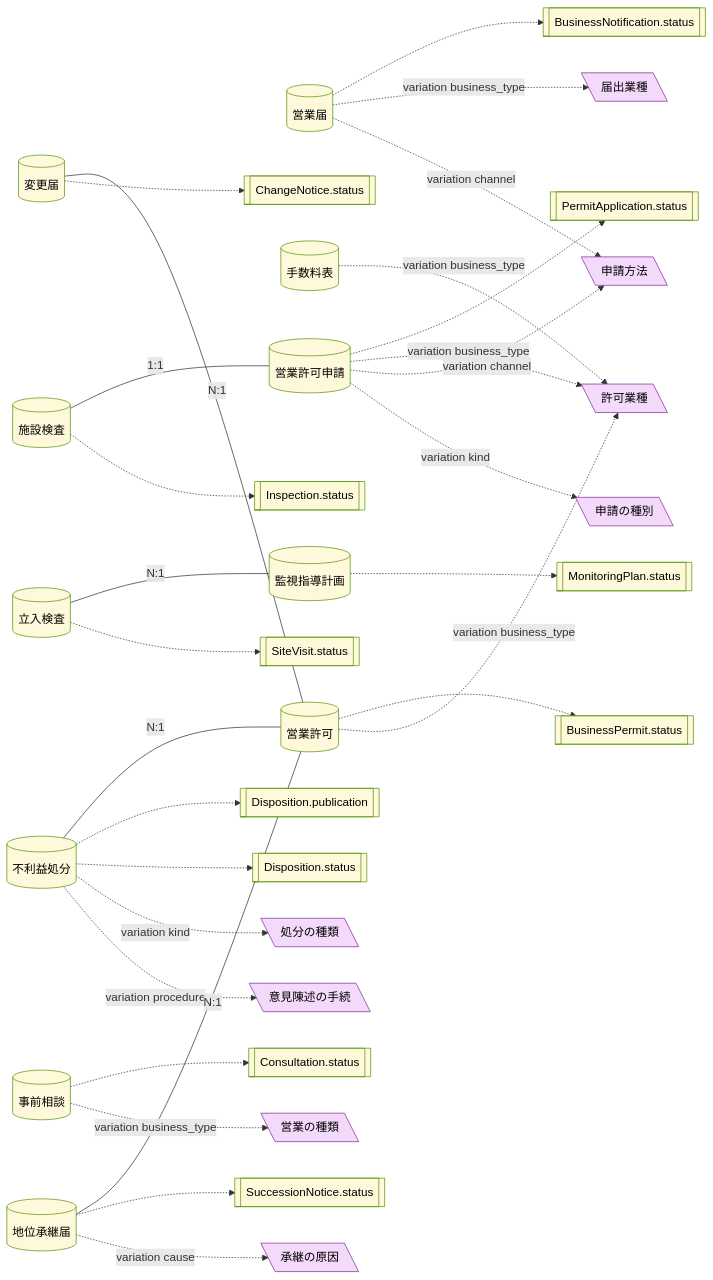
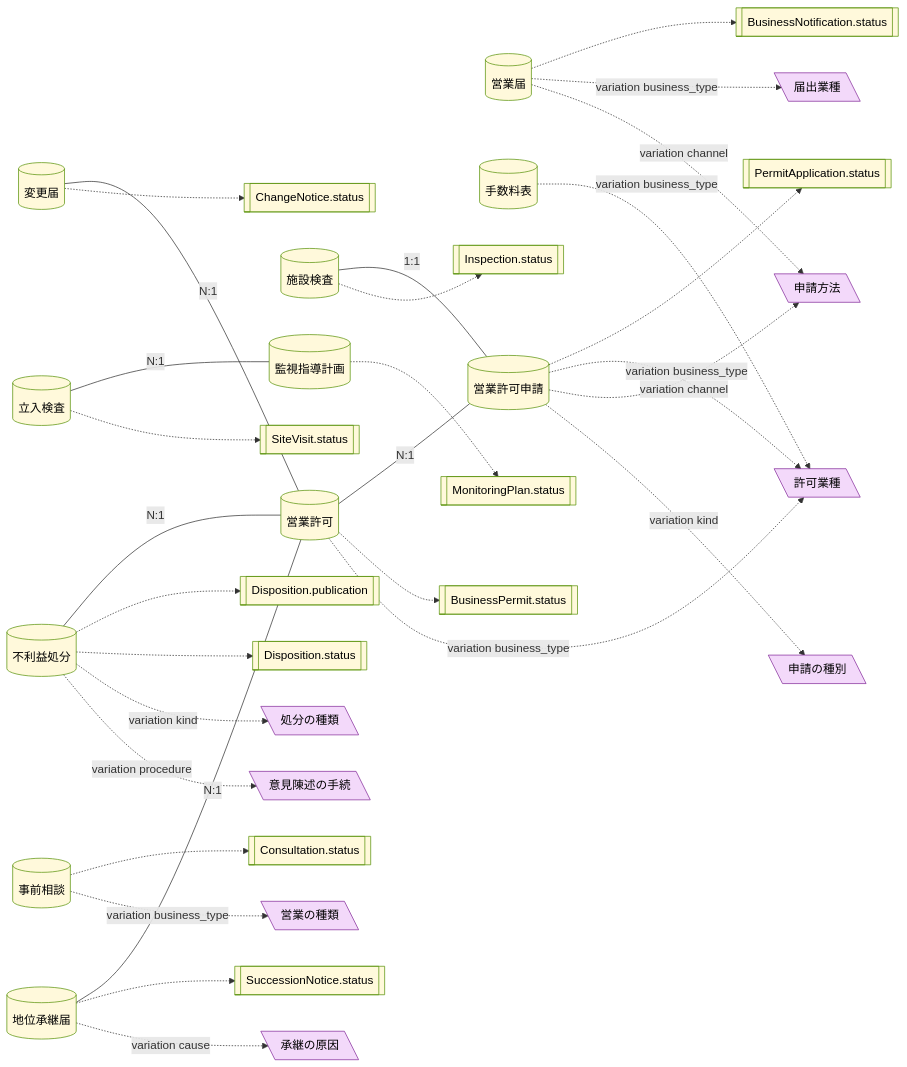
The diagram in samples/food-permit-ops/out/information.mmd (manji-0/rdra-ish-dsl), drawn with Mermaid before and after one commit. The commit also changed 48 other files, not shown here.

```diff
--- a/samples/food-permit-ops/out/information.mmd
+++ b/samples/food-permit-ops/out/information.mmd
@@ -1,64 +1,65 @@
 %% rdra-ish diagram=information scope=whole model=samples/food-permit-ops
 %% kinds: entity statemodel variation
 %% omitted: columns adr constraint usecase field api condition
 flowchart LR
   entity__BusinessNotification[("営業届")]:::entity
   entity__BusinessPermit[("営業許可")]:::entity
   entity__ChangeNotice[("変更届")]:::entity
   entity__Consultation[("事前相談")]:::entity
   entity__Disposition[("不利益処分")]:::entity
   entity__FeeSchedule[("手数料表")]:::entity
   entity__Inspection[("施設検査")]:::entity
   entity__MonitoringPlan[("監視指導計画")]:::entity
   entity__PermitApplication[("営業許可申請")]:::entity
   entity__SiteVisit[("立入検査")]:::entity
   entity__SuccessionNotice[("地位承継届")]:::entity
   statemodel__BusinessNotification_status[["BusinessNotification.status"]]:::statemodel
   statemodel__BusinessPermit_status[["BusinessPermit.status"]]:::statemodel
   statemodel__ChangeNotice_status[["ChangeNotice.status"]]:::statemodel
   statemodel__Consultation_status[["Consultation.status"]]:::statemodel
   statemodel__Disposition_publication[["Disposition.publication"]]:::statemodel
   statemodel__Disposition_status[["Disposition.status"]]:::statemodel
   statemodel__Inspection_status[["Inspection.status"]]:::statemodel
   statemodel__MonitoringPlan_status[["MonitoringPlan.status"]]:::statemodel
   statemodel__PermitApplication_status[["PermitApplication.status"]]:::statemodel
   statemodel__SiteVisit_status[["SiteVisit.status"]]:::statemodel
   statemodel__SuccessionNotice_status[["SuccessionNotice.status"]]:::statemodel
   variation__ApplicationKind[\"申請の種別"\]:::variation
   variation__BusinessType[\"営業の種類"\]:::variation
   variation__DispositionKind[\"処分の種類"\]:::variation
   variation__NotifiedBusinessType[\"届出業種"\]:::variation
   variation__OpinionProcedure[\"意見陳述の手続"\]:::variation
   variation__PermitBusinessType[\"許可業種"\]:::variation
   variation__SubmissionChannel[\"申請方法"\]:::variation
   variation__SuccessionCause[\"承継の原因"\]:::variation
   entity__BusinessNotification -.-> statemodel__BusinessNotification_status
   entity__BusinessNotification -.->|variation business_type| variation__NotifiedBusinessType
   entity__BusinessNotification -.->|variation channel| variation__SubmissionChannel
+  entity__BusinessPermit ---|N:1| entity__PermitApplication
   entity__BusinessPermit -.-> statemodel__BusinessPermit_status
   entity__BusinessPermit -.->|variation business_type| variation__PermitBusinessType
   entity__ChangeNotice ---|N:1| entity__BusinessPermit
   entity__ChangeNotice -.-> statemodel__ChangeNotice_status
   entity__Consultation -.-> statemodel__Consultation_status
   entity__Consultation -.->|variation business_type| variation__BusinessType
   entity__Disposition ---|N:1| entity__BusinessPermit
   entity__Disposition -.-> statemodel__Disposition_publication
   entity__Disposition -.-> statemodel__Disposition_status
   entity__Disposition -.->|variation kind| variation__DispositionKind
   entity__Disposition -.->|variation procedure| variation__OpinionProcedure
   entity__FeeSchedule -.->|variation business_type| variation__PermitBusinessType
   entity__Inspection ---|1:1| entity__PermitApplication
   entity__Inspection -.-> statemodel__Inspection_status
   entity__MonitoringPlan -.-> statemodel__MonitoringPlan_status
   entity__PermitApplication -.-> statemodel__PermitApplication_status
   entity__PermitApplication -.->|variation business_type| variation__PermitBusinessType
   entity__PermitApplication -.->|variation channel| variation__SubmissionChannel
   entity__PermitApplication -.->|variation kind| variation__ApplicationKind
   entity__SiteVisit ---|N:1| entity__MonitoringPlan
   entity__SiteVisit -.-> statemodel__SiteVisit_status
   entity__SuccessionNotice ---|N:1| entity__BusinessPermit
   entity__SuccessionNotice -.-> statemodel__SuccessionNotice_status
   entity__SuccessionNotice -.->|variation cause| variation__SuccessionCause
   classDef entity fill:#fff9db,stroke:#5c940d,color:#000;
   classDef statemodel fill:#fff9db,stroke:#5c940d,color:#000;
   classDef variation fill:#f3d9fa,stroke:#862e9c,color:#000;
```
